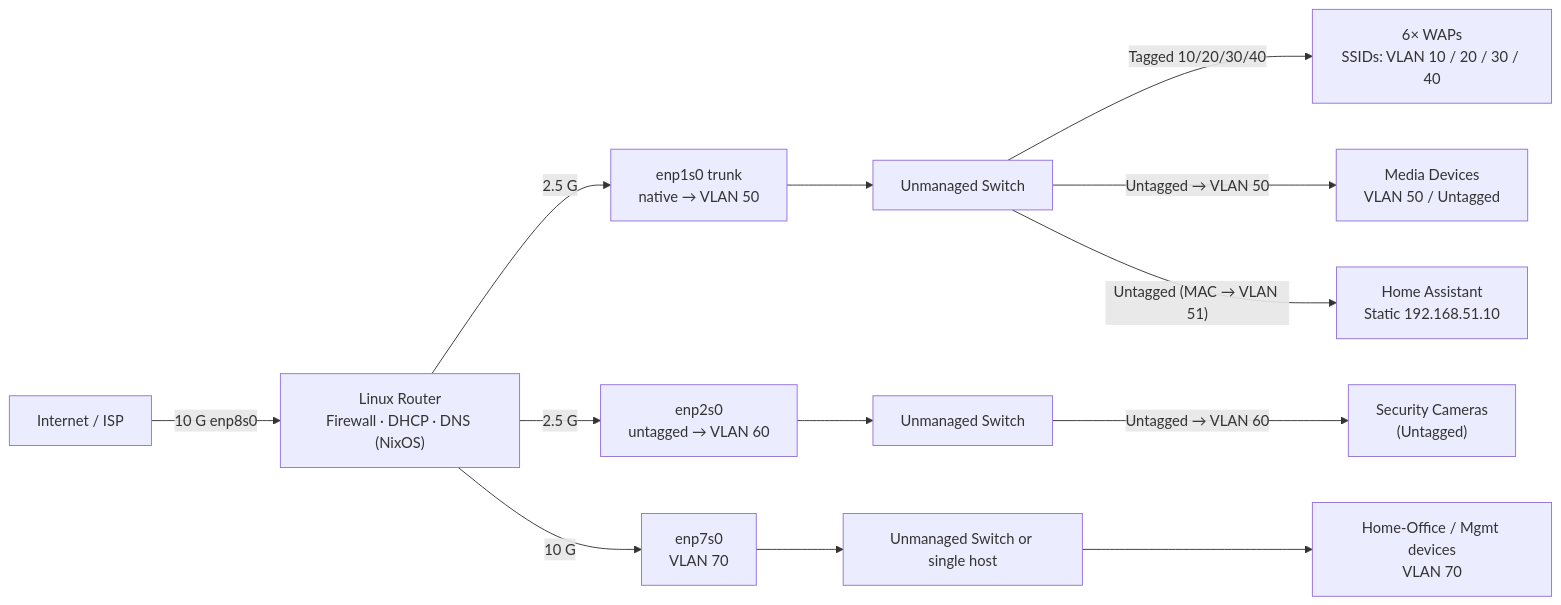
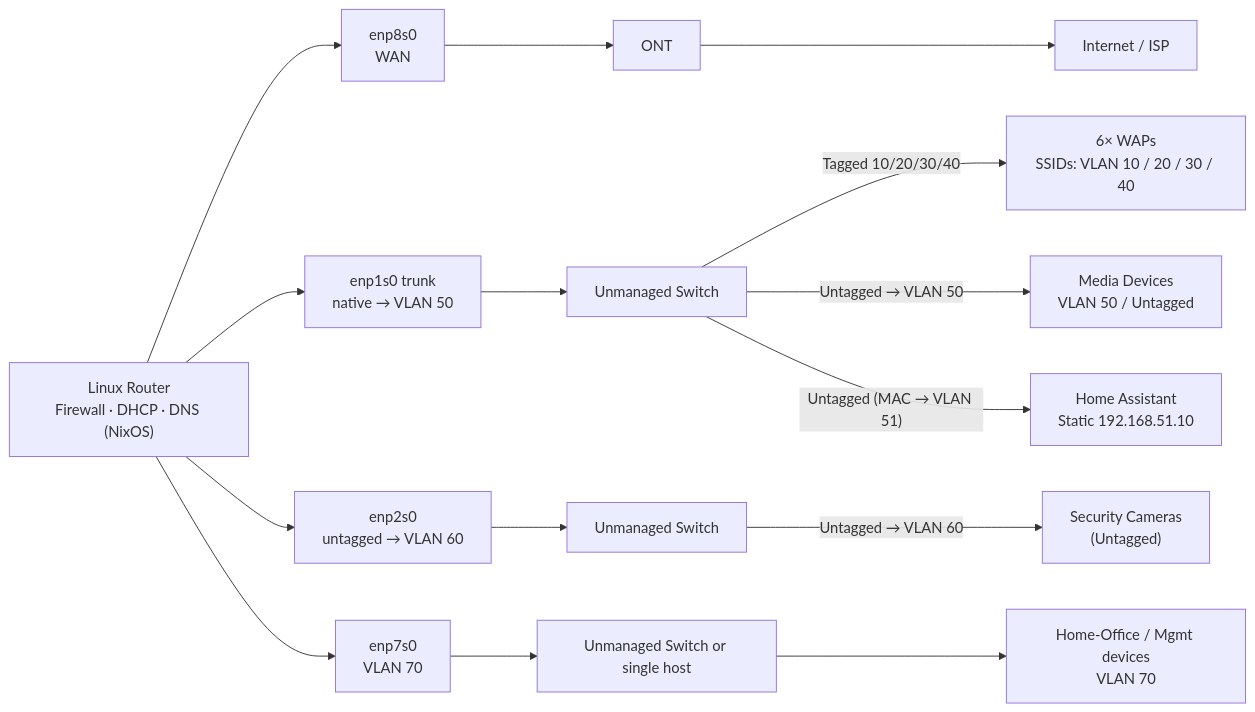
One commit to GEMISIS/home-network-setup changed the diagram in ARCH.md. Above: the diagram before and after it, drawn with Mermaid. The commit also changed 2 other files, not shown here.

Commit message:
Clarify logging paths and apply HTML breaks

````diff
--- a/ARCH.md
+++ b/ARCH.md
@@ -28,18 +28,21 @@
 ```mermaid
 flowchart LR
-    ISP["Internet / ISP"] -->|"10 G enp8s0"| Router["Linux Router<br/>Firewall · DHCP · DNS (NixOS)"]
+    Router["Linux Router</br>Firewall · DHCP · DNS (NixOS)"]
+    Router --> enp8s0["enp8s0</br>WAN"]
+    enp8s0 --> ONT["ONT"]
+    ONT --> ISP["Internet / ISP"]
 
-    Router -->|"2.5 G"| enp1s0["enp1s0 trunk\nnative → VLAN 50"]
+    Router --> enp1s0["enp1s0 trunk</br>native → VLAN 50"]
     enp1s0 --> SW1["Unmanaged Switch"]
-    SW1 -->|"Tagged 10/20/30/40"| WAPs["6× WAPs\nSSIDs: VLAN 10 / 20 / 30 / 40"]
-    SW1 -->|"Untagged → VLAN 50"| Media["Media Devices\nVLAN 50 / Untagged"]
-    SW1 -->|"Untagged (MAC → VLAN 51)"| HA["Home Assistant\nStatic 192.168.51.10"]
+    SW1 -->|"Tagged 10/20/30/40"| WAPs["6× WAPs</br>SSIDs: VLAN 10 / 20 / 30 / 40"]
+    SW1 -->|"Untagged → VLAN 50"| Media["Media Devices</br>VLAN 50 / Untagged"]
+    SW1 -->|"Untagged (MAC → VLAN 51)"| HA["Home Assistant</br>Static 192.168.51.10"]
 
-    Router -->|"2.5 G"| enp2s0["enp2s0\nuntagged → VLAN 60"]
+    Router --> enp2s0["enp2s0</br>untagged → VLAN 60"]
     enp2s0 --> SW2["Unmanaged Switch"]
-    SW2 -->|"Untagged → VLAN 60"| Cameras["Security Cameras\n(Untagged)"]
+    SW2 -->|"Untagged → VLAN 60"| Cameras["Security Cameras</br>(Untagged)"]
 
-    Router -->|"10 G"| enp7s0["enp7s0\nVLAN 70"]
+    Router --> enp7s0["enp7s0</br>VLAN 70"]
     enp7s0 --> SW3["Unmanaged Switch or single host"]
-    SW3 --> HomeOffice["Home‑Office / Mgmt devices\nVLAN 70"]
+    SW3 --> HomeOffice["Home‑Office / Mgmt devices</br>VLAN 70"]
 ```
````
